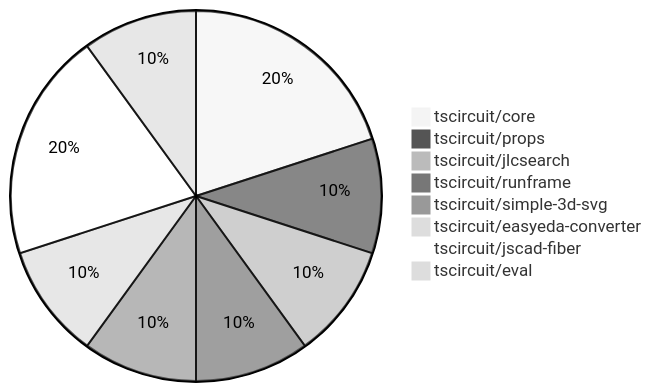
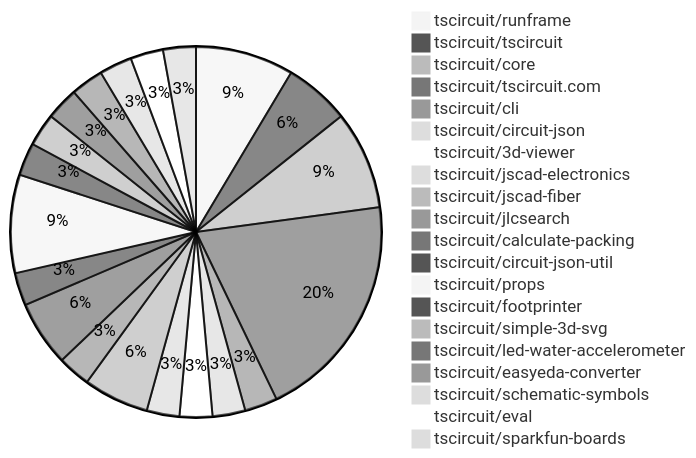
Before and after one commit to tscircuit/contribution-tracker: the first of 2 diagrams in contribution-overviews/2025-08-13.md, drawn with Mermaid (neutral theme). The commit also changed other lines of this file and 3 other files, not shown here.

````diff
--- a/contribution-overviews/2025-08-13.md
+++ b/contribution-overviews/2025-08-13.md
@@ -5,11 +5,23 @@
 ```mermaid
 pie
-    "tscircuit/core" : 2
-    "tscircuit/props" : 1
+    "tscircuit/runframe" : 3
+    "tscircuit/tscircuit" : 2
+    "tscircuit/core" : 3
+    "tscircuit/tscircuit.com" : 7
+    "tscircuit/cli" : 1
+    "tscircuit/circuit-json" : 1
+    "tscircuit/3d-viewer" : 1
+    "tscircuit/jscad-electronics" : 1
+    "tscircuit/jscad-fiber" : 2
     "tscircuit/jlcsearch" : 1
-    "tscircuit/runframe" : 1
+    "tscircuit/calculate-packing" : 2
+    "tscircuit/circuit-json-util" : 1
+    "tscircuit/props" : 3
+    "tscircuit/footprinter" : 1
     "tscircuit/simple-3d-svg" : 1
+    "tscircuit/led-water-accelerometer" : 1
     "tscircuit/easyeda-converter" : 1
-    "tscircuit/jscad-fiber" : 2
+    "tscircuit/schematic-symbols" : 1
     "tscircuit/eval" : 1
+    "tscircuit/sparkfun-boards" : 1
 ```
````
